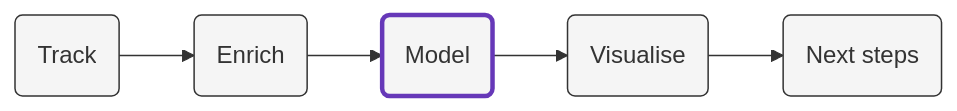
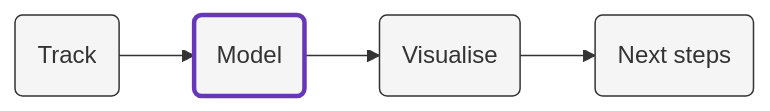
Before and after one commit to snowplow-incubator/consent-tracking-accelerator: the diagram in content/modeling/_index.md, drawn with Mermaid. The commit also changed other lines of this file and 7 other files, not shown here.

```diff
--- a/content/modeling/_index.md
+++ b/content/modeling/_index.md
@@ -12,9 +12,8 @@
 {{<mermaid>}}
 flowchart LR
-    id1(Track)-->id2(Enrich)-->id3(Model)-->id4(Visualise)-->id5(Next steps)
-    style id3 fill:#f5f5f5,stroke:#6638B8,stroke-width:3px
-    style id1 fill:#f5f5f5,stroke:#333,stroke-width:1px
-    style id2 fill:#f5f5f5,stroke:#333,stroke-width:1px
-    style id4 fill:#f5f5f5,stroke:#333,stroke-width:1px
-    style id5 fill:#f5f5f5,stroke:#333,stroke-width:1px
+id1(Track)-->id2(Model)-->id3(Visualise)-->id4(Next steps)
+style id1 fill:#f5f5f5,stroke:#333,stroke-width:1px
+style id2 fill:#f5f5f5,stroke:#6638B8,stroke-width:3px
+style id3 fill:#f5f5f5,stroke:#333,stroke-width:1px
+style id4 fill:#f5f5f5,stroke:#333,stroke-width:1px
 {{</mermaid >}}
```
